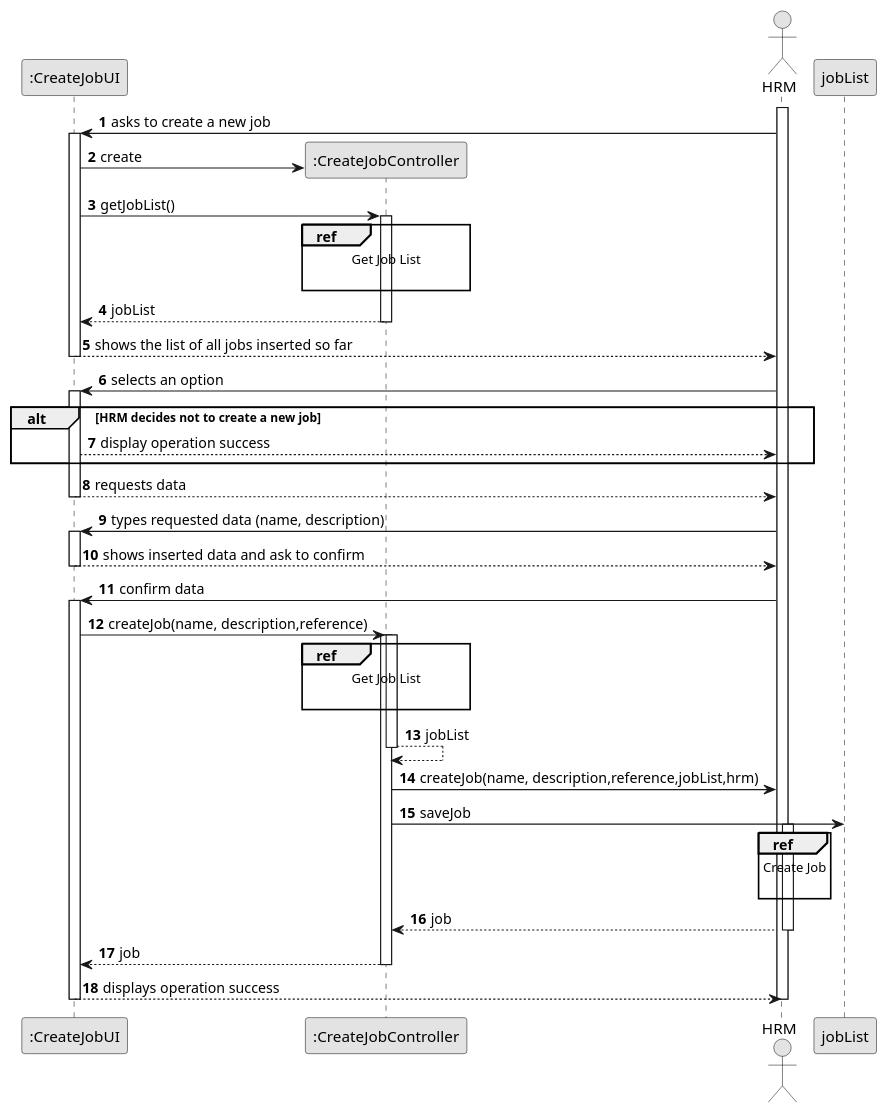
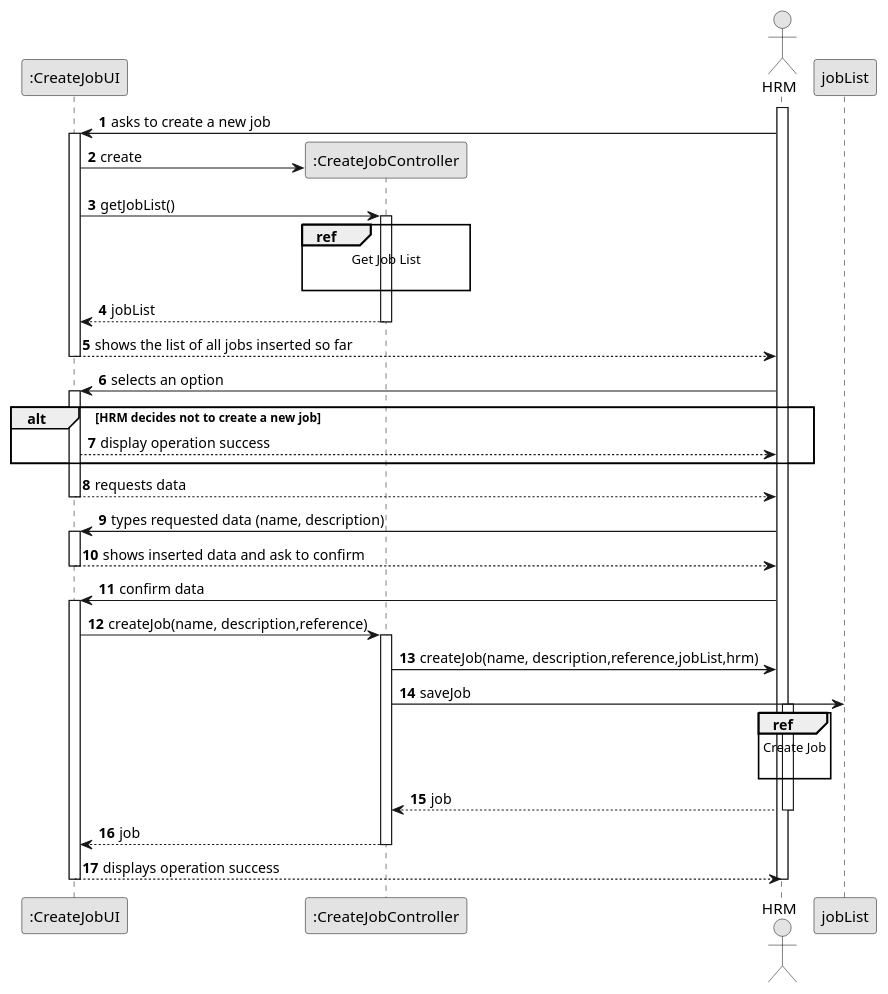
One commit to daniel41silva05/ISEP_2023_2024_LAPR2 changed the diagram in docs/sprintA&B/us002/03.design/puml/us002-sequence-diagram-split.puml. Above: the diagram before and after it, drawn with PlantUML. The commit also changed 6 other files, not shown here.

```diff
--- a/docs/sprintA&B/us002/03.design/puml/us002-sequence-diagram-split.puml
+++ b/docs/sprintA&B/us002/03.design/puml/us002-sequence-diagram-split.puml
@@ -1,100 +1,100 @@
 @startuml
 skinparam monochrome true
 skinparam packageStyle rectangle
 skinparam shadowing false
 
 autonumber
 
 'hide footbox
 actor "HRM" as HRM
 participant ":CreateJobUI" as UI
 participant ":CreateJobController" as CTRL
 participant "hrm\n:HRM" as HRM
 participant "jobList" as LIST
 
 activate HRM
 
     HRM -> UI : asks to create a new job
 
     activate UI
 
         UI -> CTRL** : create
         UI -> CTRL : getJobList()
         ref over CTRL
             Get Job List
 
         end ref
 
         activate CTRL
 
             CTRL --> UI : jobList
         deactivate CTRL
 
         UI --> HRM : shows the list of all jobs inserted so far
     deactivate UI
 
     HRM -> UI : selects an option
     activate UI
 
     alt HRM decides not to create a new job
         UI --> HRM : display operation success
     end
 
         UI --> HRM : requests data
     deactivate UI
 
     HRM -> UI : types requested data (name, description)
     activate UI
 
         UI --> HRM : shows inserted data and ask to confirm
     deactivate UI
 
     HRM -> UI : confirm data
     activate UI
 
         UI -> CTRL : createJob(name, description,reference)
         activate CTRL
 
 '            CTRL -> CTRL : getTaskCategoryByDescription(taskCategoryDescription)
-            activate CTRL
+'            activate CTRL
 
-                ref over CTRL
-                    Get Job List
+'                ref over CTRL
+'                    Get Job List
+'
+'                end ref
 
-                end ref
-
-                CTRL --> CTRL : jobList
-            deactivate CTRL
+'                CTRL --> CTRL : jobList
+'            deactivate CTRL
 
 '            CTRL -> CTRL : getEmployeeFromSession()
 '            activate CTRL
 
 '                ref over CTRL
 '                    Get Employee
 
 '                end ref
 '                CTRL -> CTRL : employee
 '            deactivate CTRL
 
             CTRL -> HRM: createJob(name, description,reference,jobList,hrm)
 
             CTRL -> LIST : saveJob
 
             activate HRM
 
                 ref over HRM
                     Create Job
 
                 end
 
                 HRM --> CTRL : job
             deactivate HRM
 
             CTRL --> UI: job
             deactivate CTRL
             UI --> HRM: displays operation success
     deactivate UI
 
 deactivate HRM
 
 @enduml
```
